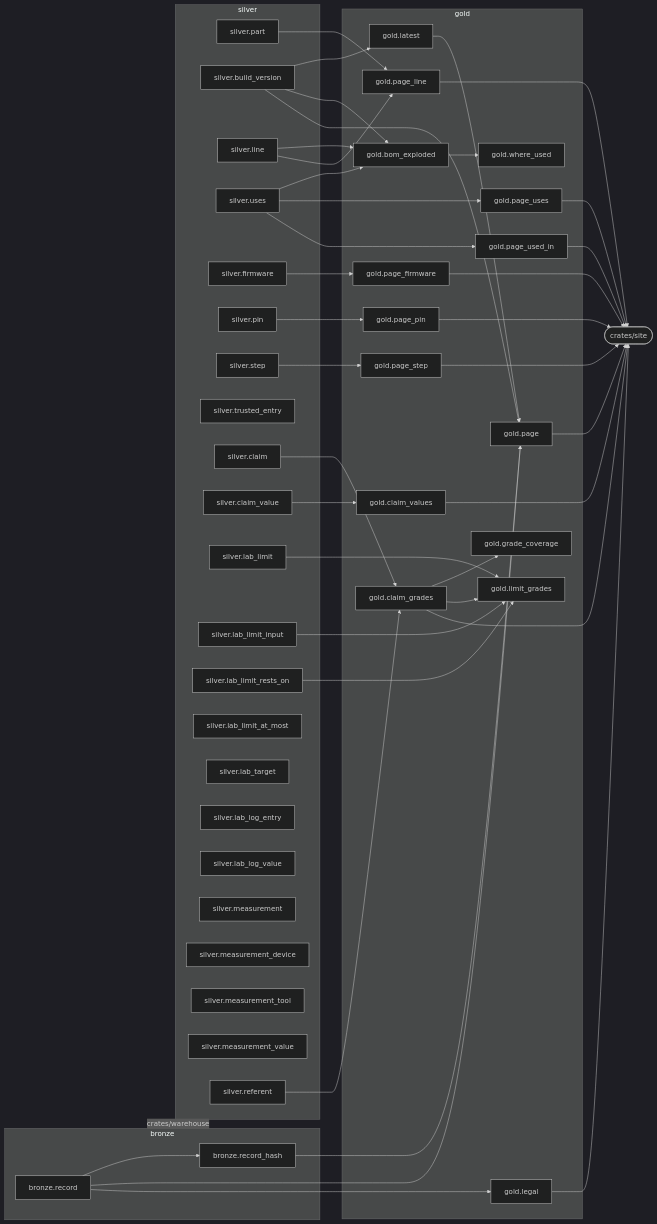
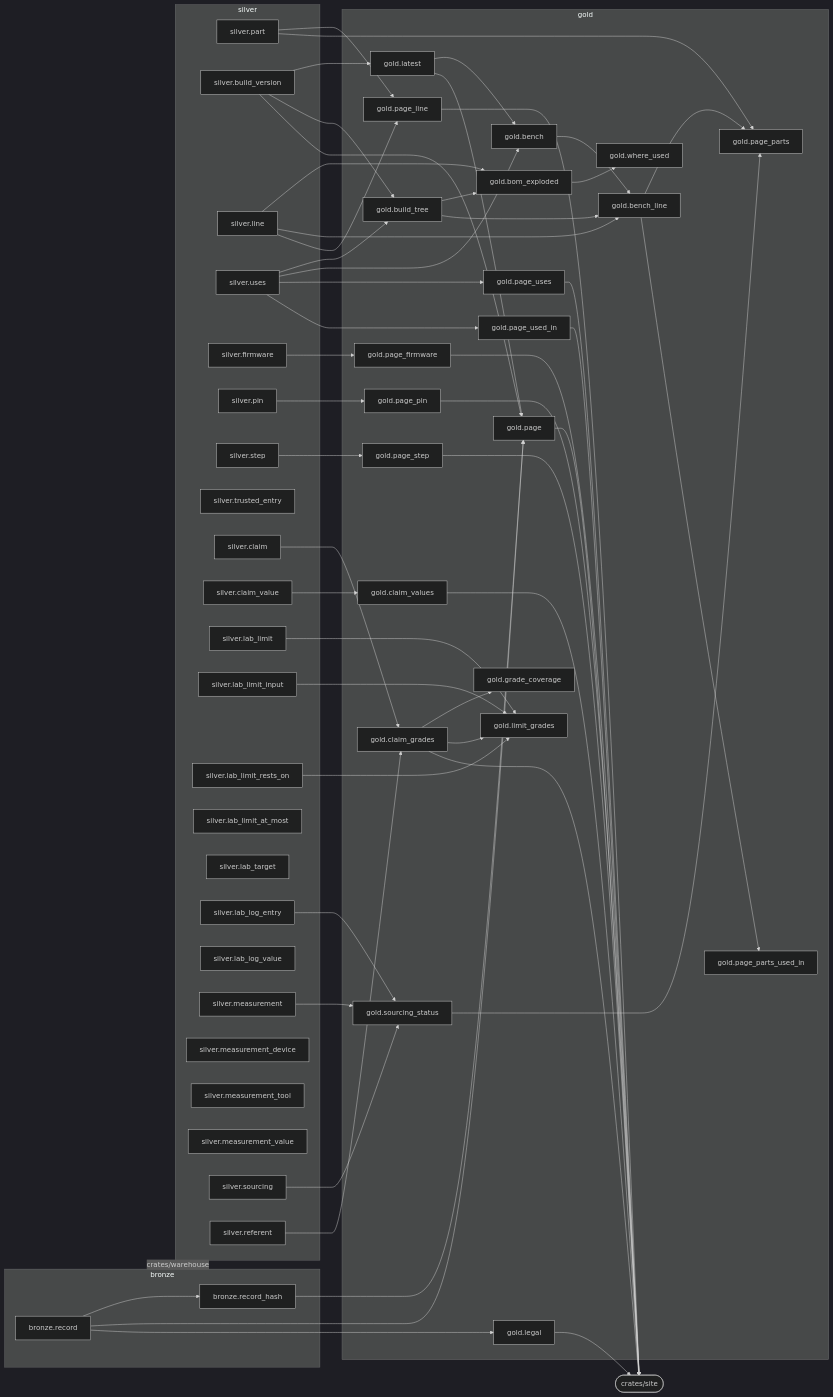
The diagram in docs/data-catalogue.md (via-balaena/tentzhen), drawn with Mermaid (dark theme) before and after one commit. The commit also changed other lines of this file and 7 other files, not shown here.

First line of the commit message:
Sourcing: lab/sourcing.toml, with a loader, silver and gold

```diff
--- a/docs/data-catalogue.md
+++ b/docs/data-catalogue.md
@@ -38,6 +38,7 @@
     silver_measurement_device["silver.measurement_device"]
     silver_measurement_tool["silver.measurement_tool"]
     silver_measurement_value["silver.measurement_value"]
+    silver_sourcing["silver.sourcing"]
     silver_referent["silver.referent"]
   end
   subgraph gold
@@ -45,8 +46,12 @@
     gold_claim_grades["gold.claim_grades"]
     gold_claim_values["gold.claim_values"]
     gold_grade_coverage["gold.grade_coverage"]
+    gold_build_tree["gold.build_tree"]
     gold_bom_exploded["gold.bom_exploded"]
     gold_where_used["gold.where_used"]
+    gold_bench["gold.bench"]
+    gold_bench_line["gold.bench_line"]
+    gold_sourcing_status["gold.sourcing_status"]
     gold_limit_grades["gold.limit_grades"]
     gold_page["gold.page"]
     gold_page_line["gold.page_line"]
@@ -55,6 +60,8 @@
     gold_page_firmware["gold.page_firmware"]
     gold_page_pin["gold.page_pin"]
     gold_page_step["gold.page_step"]
+    gold_page_parts["gold.page_parts"]
+    gold_page_parts_used_in["gold.page_parts_used_in"]
     gold_legal["gold.legal"]
   end
   bronze -. crates/warehouse .-> silver
@@ -64,10 +71,19 @@
   silver_referent --> gold_claim_grades
   silver_claim_value --> gold_claim_values
   gold_claim_grades --> gold_grade_coverage
-  silver_build_version --> gold_bom_exploded
+  silver_build_version --> gold_build_tree
+  silver_uses --> gold_build_tree
+  gold_build_tree --> gold_bom_exploded
   silver_line --> gold_bom_exploded
-  silver_uses --> gold_bom_exploded
   gold_bom_exploded --> gold_where_used
+  gold_latest --> gold_bench
+  silver_uses --> gold_bench
+  gold_bench --> gold_bench_line
+  gold_build_tree --> gold_bench_line
+  silver_line --> gold_bench_line
+  silver_lab_log_entry --> gold_sourcing_status
+  silver_measurement --> gold_sourcing_status
+  silver_sourcing --> gold_sourcing_status
   gold_claim_grades --> gold_limit_grades
   silver_lab_limit --> gold_limit_grades
   silver_lab_limit_input --> gold_limit_grades
@@ -83,6 +99,10 @@
   silver_firmware --> gold_page_firmware
   silver_pin --> gold_page_pin
   silver_step --> gold_page_step
+  gold_bench_line --> gold_page_parts
+  gold_sourcing_status --> gold_page_parts
+  silver_part --> gold_page_parts
+  gold_bench_line --> gold_page_parts_used_in
   bronze_record --> gold_legal
   crates_site(["crates/site"])
   gold_claim_grades --> crates_site
```
